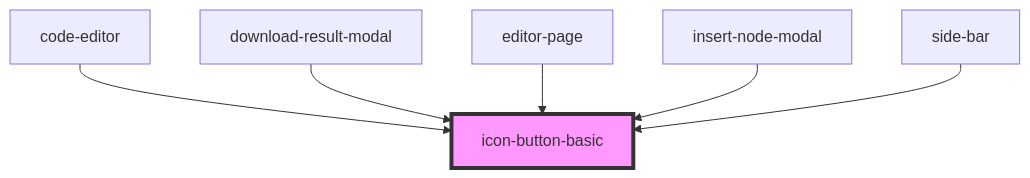
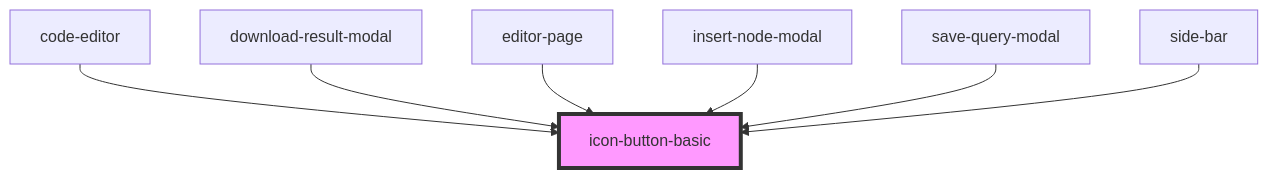
One commit to techvariable/NeptuneConnectComponents changed the diagram in src/components/common/buttons/icon-button-basic/readme.md. Above: the diagram before and after it, drawn with Mermaid. The commit also changed other lines of this file and 14 other files, not shown here.

Commit message:
query save feature completed

````diff
--- a/src/components/common/buttons/icon-button-basic/readme.md
+++ b/src/components/common/buttons/icon-button-basic/readme.md
@@ -35,9 +36,10 @@
 ```mermaid
 graph TD;
   code-editor --> icon-button-basic
   download-result-modal --> icon-button-basic
   editor-page --> icon-button-basic
   insert-node-modal --> icon-button-basic
+  save-query-modal --> icon-button-basic
   side-bar --> icon-button-basic
   style icon-button-basic fill:#f9f,stroke:#333,stroke-width:4px
 ```
````
